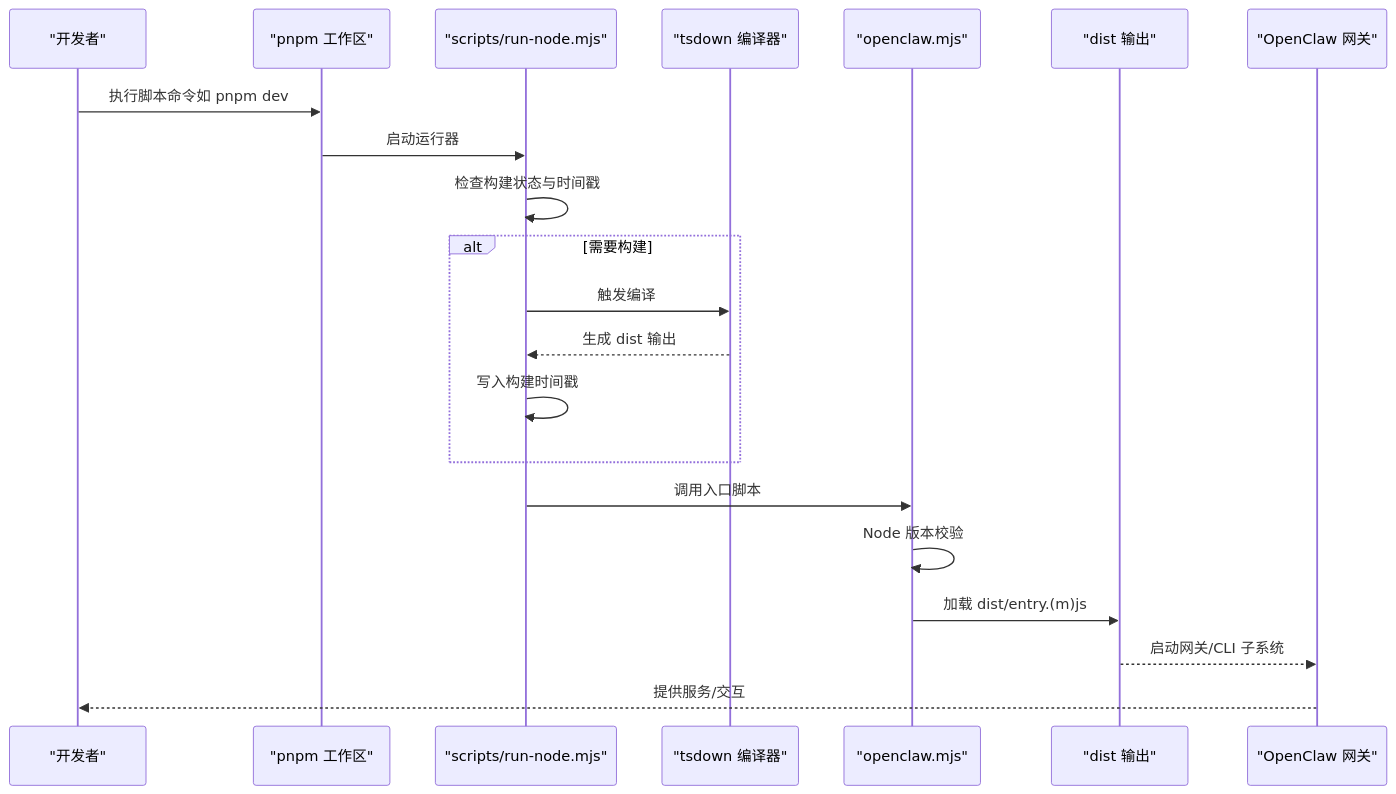
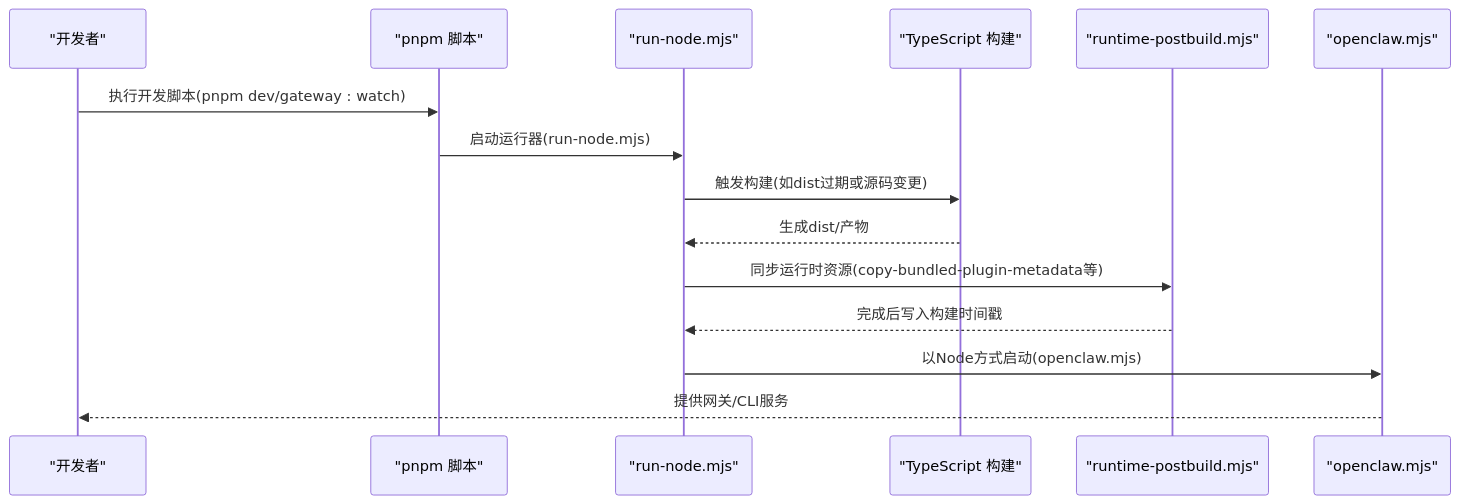
The second of 3 diagrams in repowiki/zh/content/开发者指南/开发环境搭建.md (botx-work/OpenClaw-Internals), drawn with Mermaid before and after one commit. The commit also changed other lines of this file and 542 other files, not shown here.

````diff
--- a/repowiki/zh/content/开发者指南/开发环境搭建.md
+++ b/repowiki/zh/content/开发者指南/开发环境搭建.md
@@ -89,23 +97,17 @@
 ```mermaid
 sequenceDiagram
 participant Dev as "开发者"
-participant PNPM as "pnpm 工作区"
-participant Runner as "scripts/run-node.mjs"
-participant TSDown as "tsdown 编译器"
-participant Entry as "openclaw.mjs"
-participant Dist as "dist 输出"
-participant Gateway as "OpenClaw 网关"
-Dev->>PNPM : 执行脚本命令如 pnpm dev
-PNPM->>Runner : 启动运行器
-Runner->>Runner : 检查构建状态与时间戳
-alt 需要构建
-Runner->>TSDown : 触发编译
-TSDown-->>Runner : 生成 dist 输出
-Runner->>Runner : 写入构建时间戳
-end
-Runner->>Entry : 调用入口脚本
-Entry->>Entry : Node 版本校验
-Entry->>Dist : 加载 dist/entry.(m)js
-Dist-->>Gateway : 启动网关/CLI 子系统
-Gateway-->>Dev : 提供服务/交互
+participant PNPM as "pnpm 脚本"
+participant RN as "run-node.mjs"
+participant TS as "TypeScript 构建"
+participant RT as "runtime-postbuild.mjs"
+participant BIN as "openclaw.mjs"
+Dev->>PNPM : 执行开发脚本(pnpm dev/gateway : watch)
+PNPM->>RN : 启动运行器(run-node.mjs)
+RN->>TS : 触发构建(如dist过期或源码变更)
+TS-->>RN : 生成dist/产物
+RN->>RT : 同步运行时资源(copy-bundled-plugin-metadata等)
+RT-->>RN : 完成后写入构建时间戳
+RN->>BIN : 以Node方式启动(openclaw.mjs)
+BIN-->>Dev : 提供网关/CLI服务
 ```
````
